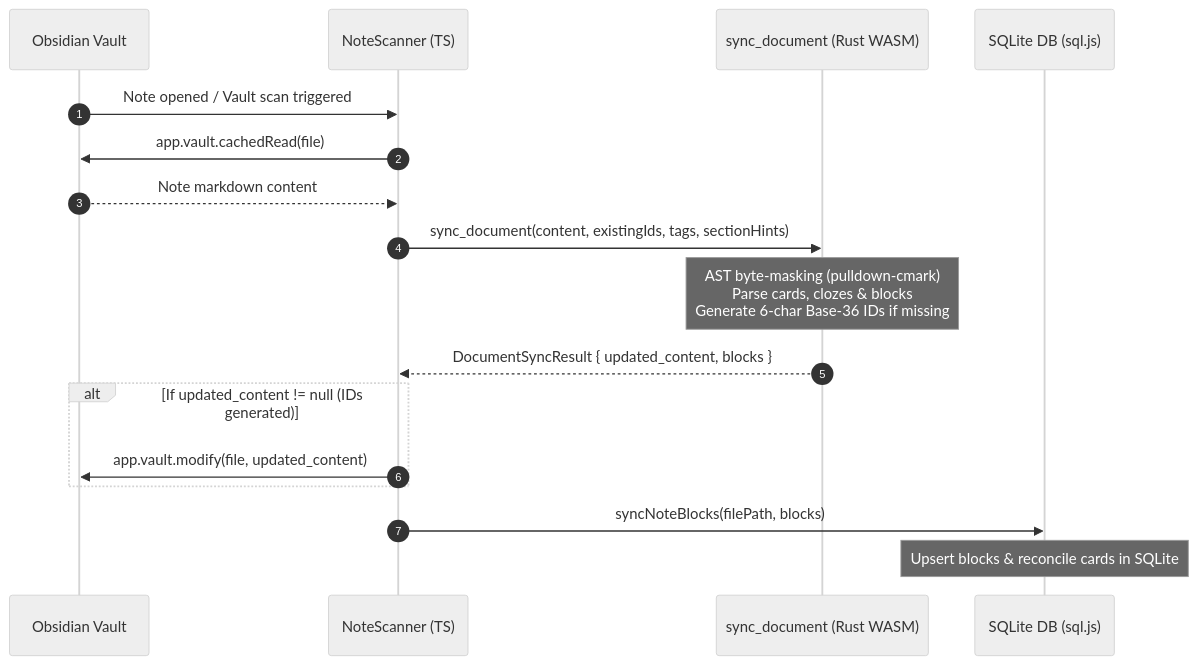
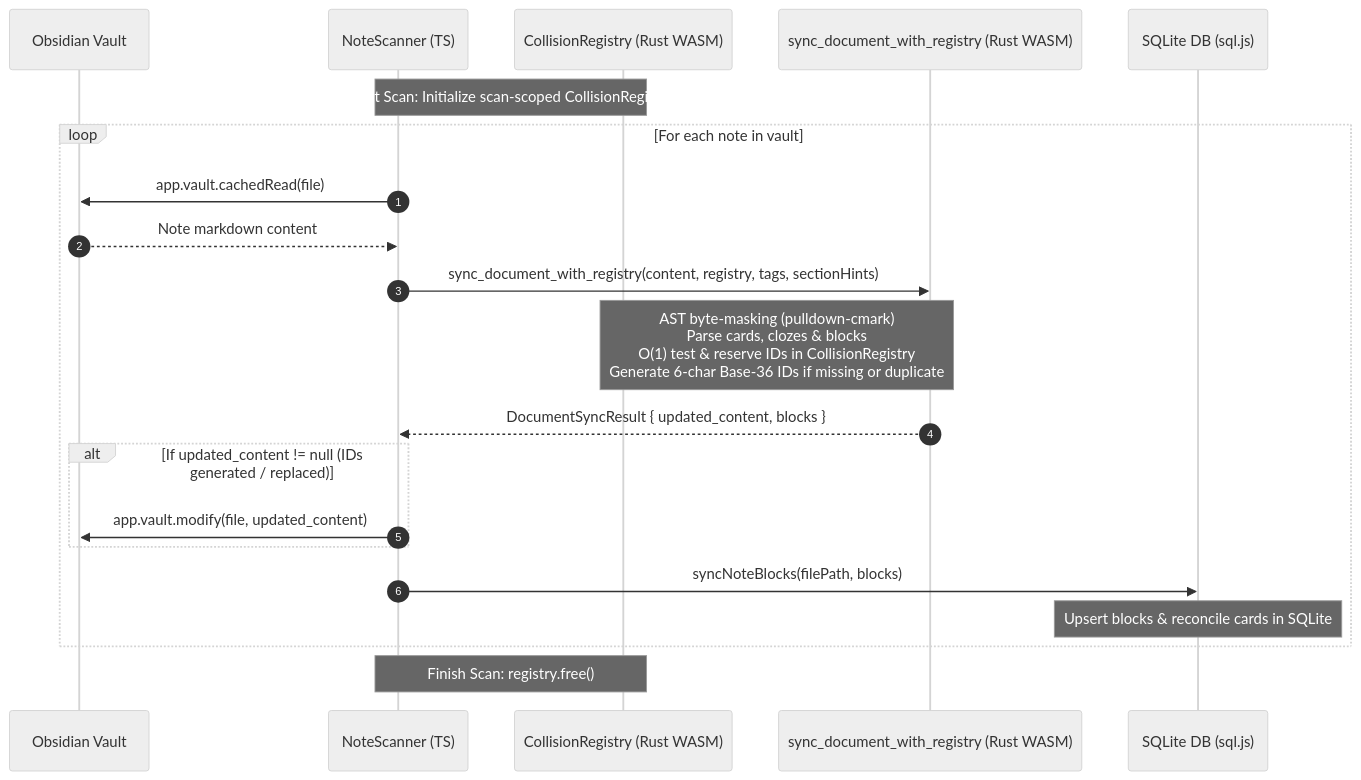
One commit to talal/obsidian-plugins changed the third of 7 diagrams in plugins/flashcards/ARCHITECTURE.md. Above: the diagram before and after it, drawn with Mermaid (neutral theme). The commit also changed other lines of this file and 7 other files, not shown here.

````diff
--- a/plugins/flashcards/ARCHITECTURE.md
+++ b/plugins/flashcards/ARCHITECTURE.md
@@ -247,22 +248,26 @@
 ```mermaid
 sequenceDiagram
     autonumber
     participant Obs as Obsidian Vault
     participant Scanner as NoteScanner (TS)
-    participant WASM as sync_document (Rust WASM)
+    participant Reg as CollisionRegistry (Rust WASM)
+    participant WASM as sync_document_with_registry (Rust WASM)
     participant DB as SQLite DB (sql.js)
 
-    Obs->>Scanner: Note opened / Vault scan triggered
-    Scanner->>Obs: app.vault.cachedRead(file)
-    Obs-->>Scanner: Note markdown content
-    Scanner->>WASM: sync_document(content, existingIds, tags, sectionHints)
-    Note over WASM: AST byte-masking (pulldown-cmark)<br/>Parse cards, clozes & blocks<br/>Generate 6-char Base-36 IDs if missing
-    WASM-->>Scanner: DocumentSyncResult { updated_content, blocks }
-    
-    alt If updated_content != null (IDs generated)
-        Scanner->>Obs: app.vault.modify(file, updated_content)
+    Note over Scanner,Reg: Start Scan: Initialize scan-scoped CollisionRegistry
+    loop For each note in vault
+        Scanner->>Obs: app.vault.cachedRead(file)
+        Obs-->>Scanner: Note markdown content
+        Scanner->>WASM: sync_document_with_registry(content, registry, tags, sectionHints)
+        Note over WASM,Reg: AST byte-masking (pulldown-cmark)<br/>Parse cards, clozes & blocks<br/>O(1) test & reserve IDs in CollisionRegistry<br/>Generate 6-char Base-36 IDs if missing or duplicate
+        WASM-->>Scanner: DocumentSyncResult { updated_content, blocks }
+        
+        alt If updated_content != null (IDs generated / replaced)
+            Scanner->>Obs: app.vault.modify(file, updated_content)
+        end
+
+        Scanner->>DB: syncNoteBlocks(filePath, blocks)
+        Note over DB: Upsert blocks & reconcile cards in SQLite
     end
-
-    Scanner->>DB: syncNoteBlocks(filePath, blocks)
-    Note over DB: Upsert blocks & reconcile cards in SQLite
+    Note over Scanner,Reg: Finish Scan: registry.free()
 ```
````
